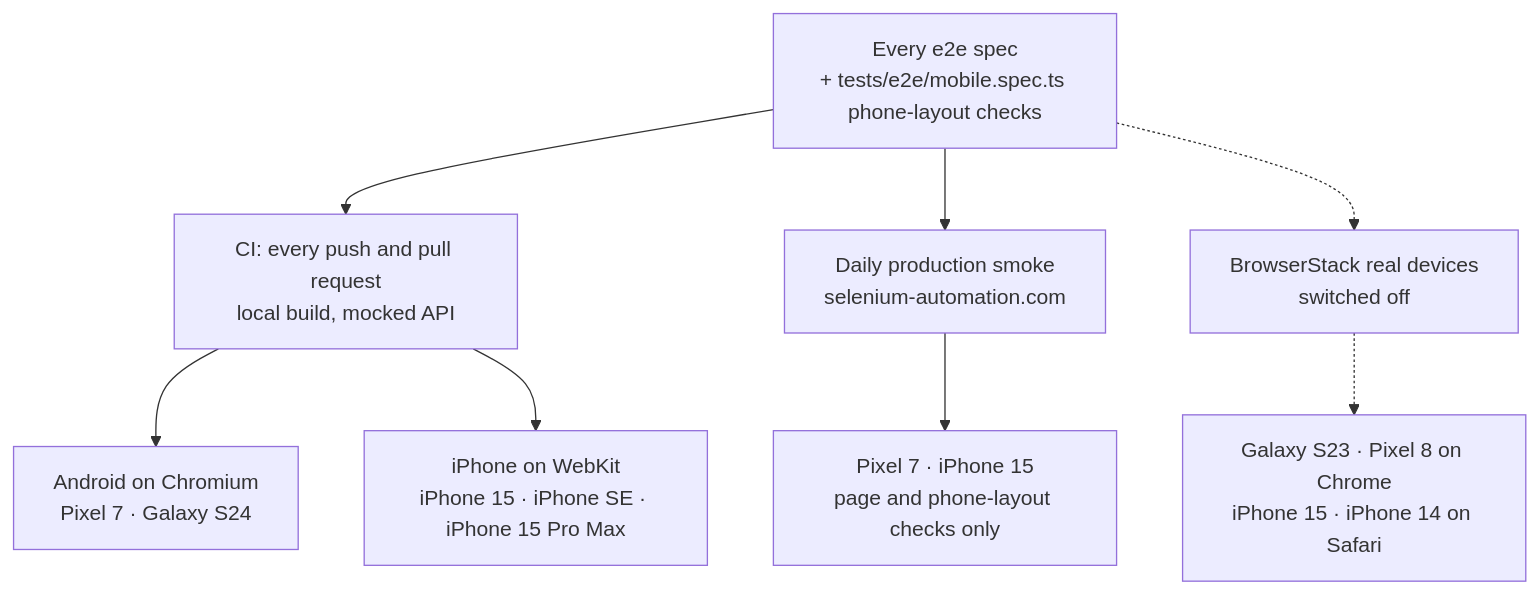
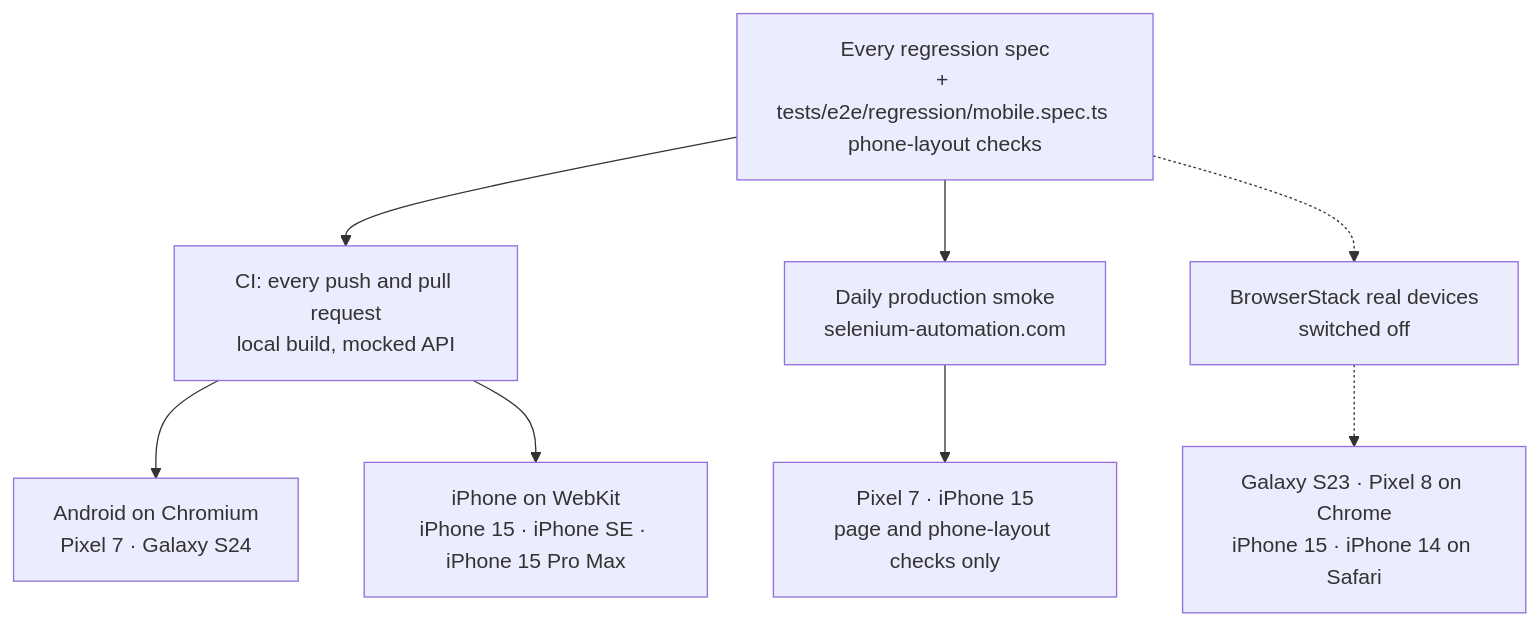
Before and after one commit to shane24sweeney/aboutshane: the third of 4 diagrams in docs/testing.md, drawn with Mermaid. The commit also changed other lines of this file and 26 other files, not shown here.

````diff
--- a/docs/testing.md
+++ b/docs/testing.md
@@ -128,14 +146,14 @@
 ```mermaid
 flowchart TD
-  specs["Every e2e spec<br/>+ tests/e2e/mobile.spec.ts phone-layout checks"]
+  specs["Every regression spec<br/>+ tests/e2e/regression/mobile.spec.ts phone-layout checks"]
 
   specs --> ci["CI: every push and pull request<br/>local build, mocked API"]
   ci --> android["Android on Chromium<br/>Pixel 7 · Galaxy S24"]
   ci --> ios["iPhone on WebKit<br/>iPhone 15 · iPhone SE · iPhone 15 Pro Max"]
 
   specs --> daily["Daily production smoke<br/>selenium-automation.com"]
   daily --> live["Pixel 7 · iPhone 15<br/>page and phone-layout checks only"]
 
   specs -.-> bs["BrowserStack real devices<br/>switched off"]
   bs -.-> real["Galaxy S23 · Pixel 8 on Chrome<br/>iPhone 15 · iPhone 14 on Safari"]
 ```
````
